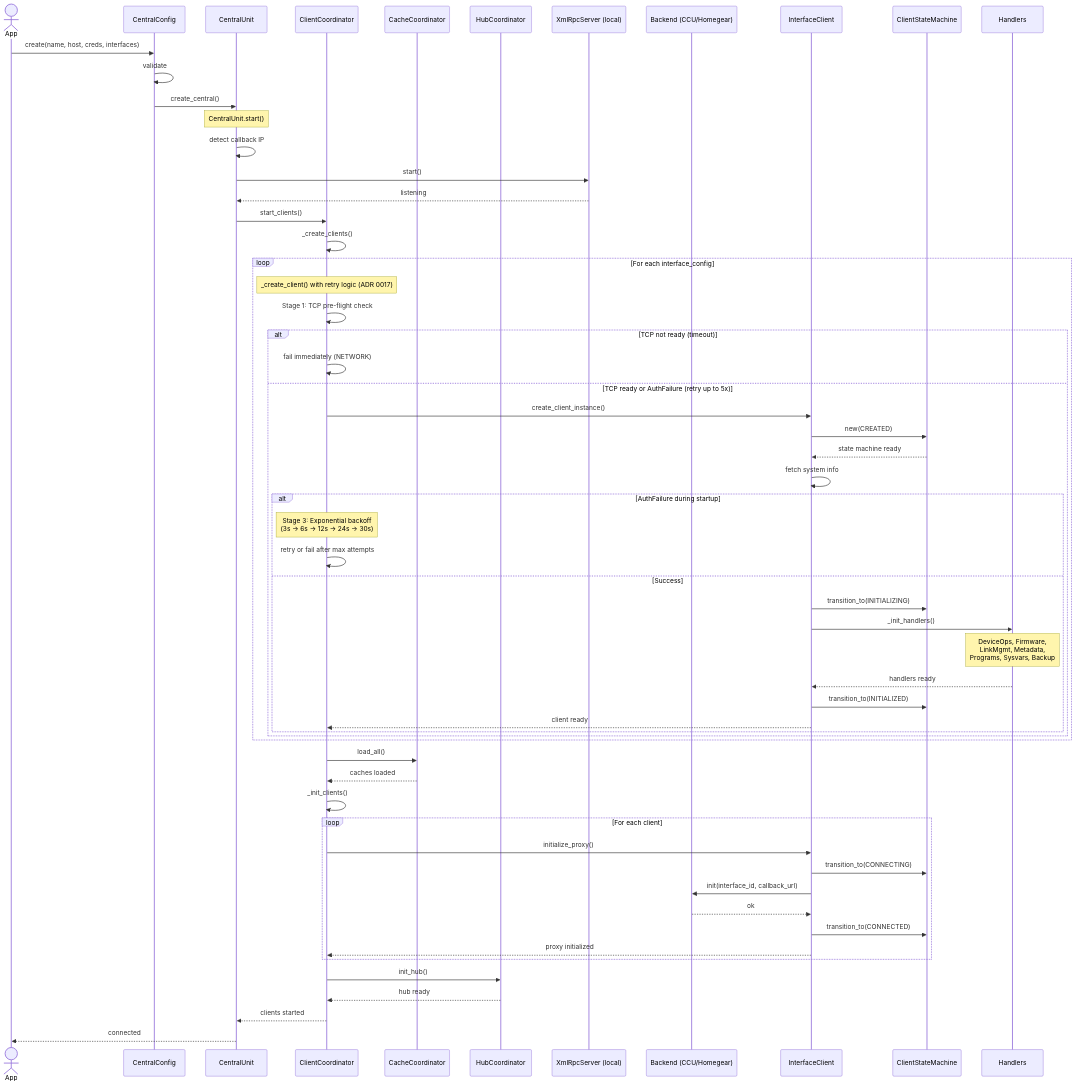
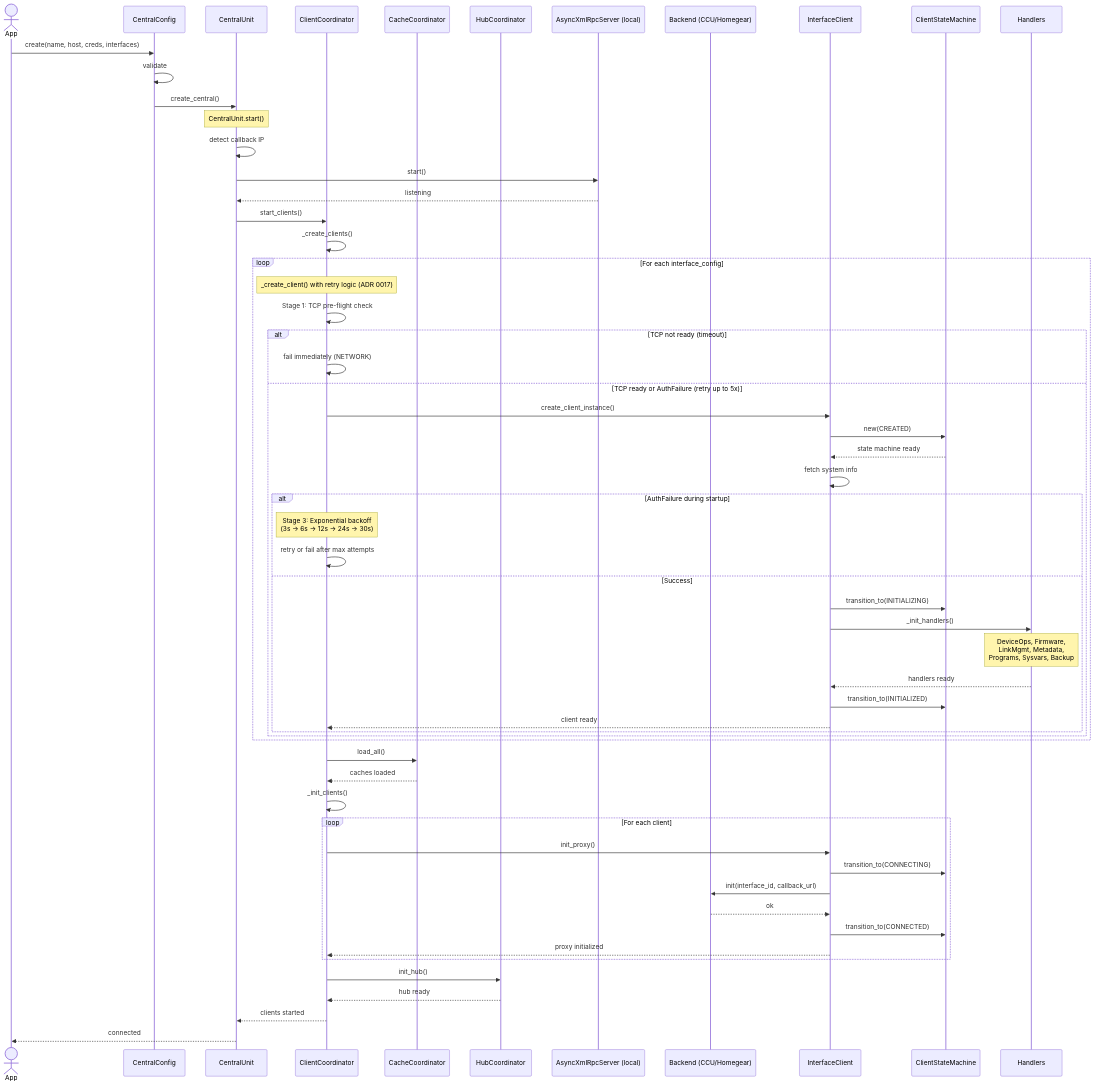
Before and after one commit to SukramJ/aiohomematic: the first of 17 diagrams in docs/architecture/sequence_diagrams.md, drawn with Mermaid. The commit also changed other lines of this file and 17 other files, not shown here.

````diff
--- a/docs/architecture/sequence_diagrams.md
+++ b/docs/architecture/sequence_diagrams.md
@@ -7,69 +7,69 @@
 ```mermaid
 sequenceDiagram
   actor App
   participant Cfg as CentralConfig
   participant C as CentralUnit
   participant CC as ClientCoordinator
   participant CaC as CacheCoordinator
   participant HC as HubCoordinator
-  participant XRS as XmlRpcServer (local)
+  participant XRS as AsyncXmlRpcServer (local)
   participant CCU as Backend (CCU/Homegear)
   participant CX as InterfaceClient
   participant SM as ClientStateMachine
   participant H as Handlers
 
   App->>Cfg: create(name, host, creds, interfaces)
   Cfg->>Cfg: validate
   Cfg->>C: create_central()
 
   Note over C: CentralUnit.start()
   C->>C: detect callback IP
   C->>XRS: start()
   XRS-->>C: listening
 
   C->>CC: start_clients()
   CC->>CC: _create_clients()
 
   loop For each interface_config
     Note over CC: _create_client() with retry logic (ADR 0017)
     CC->>CC: Stage 1: TCP pre-flight check
     alt TCP not ready (timeout)
       CC->>CC: fail immediately (NETWORK)
     else TCP ready or AuthFailure (retry up to 5x)
       CC->>CX: create_client_instance()
       CX->>SM: new(CREATED)
       SM-->>CX: state machine ready
       CX->>CX: fetch system info
       alt AuthFailure during startup
         Note over CC: Stage 3: Exponential backoff<br/>(3s → 6s → 12s → 24s → 30s)
         CC->>CC: retry or fail after max attempts
       else Success
         CX->>SM: transition_to(INITIALIZING)
         CX->>H: _init_handlers()
         Note over H: DeviceOps, Firmware,<br/>LinkMgmt, Metadata,<br/>Programs, Sysvars, Backup
         H-->>CX: handlers ready
         CX->>SM: transition_to(INITIALIZED)
         CX-->>CC: client ready
       end
     end
   end
 
   CC->>CaC: load_all()
   CaC-->>CC: caches loaded
 
   CC->>CC: _init_clients()
   loop For each client
-    CC->>CX: initialize_proxy()
+    CC->>CX: init_proxy()
     CX->>SM: transition_to(CONNECTING)
     CX->>CCU: init(interface_id, callback_url)
     CCU-->>CX: ok
     CX->>SM: transition_to(CONNECTED)
     CX-->>CC: proxy initialized
   end
 
   CC->>HC: init_hub()
   HC-->>CC: hub ready
 
   CC-->>C: clients started
   C-->>App: connected
 ```
````
